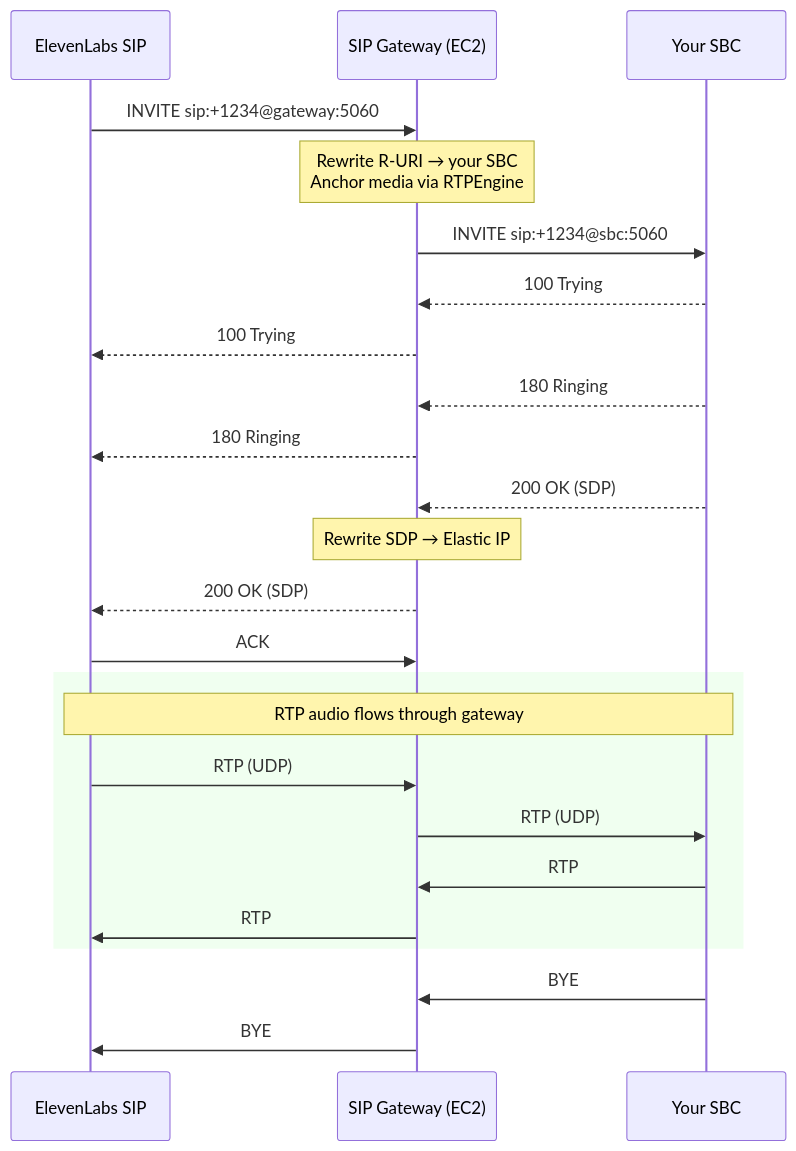
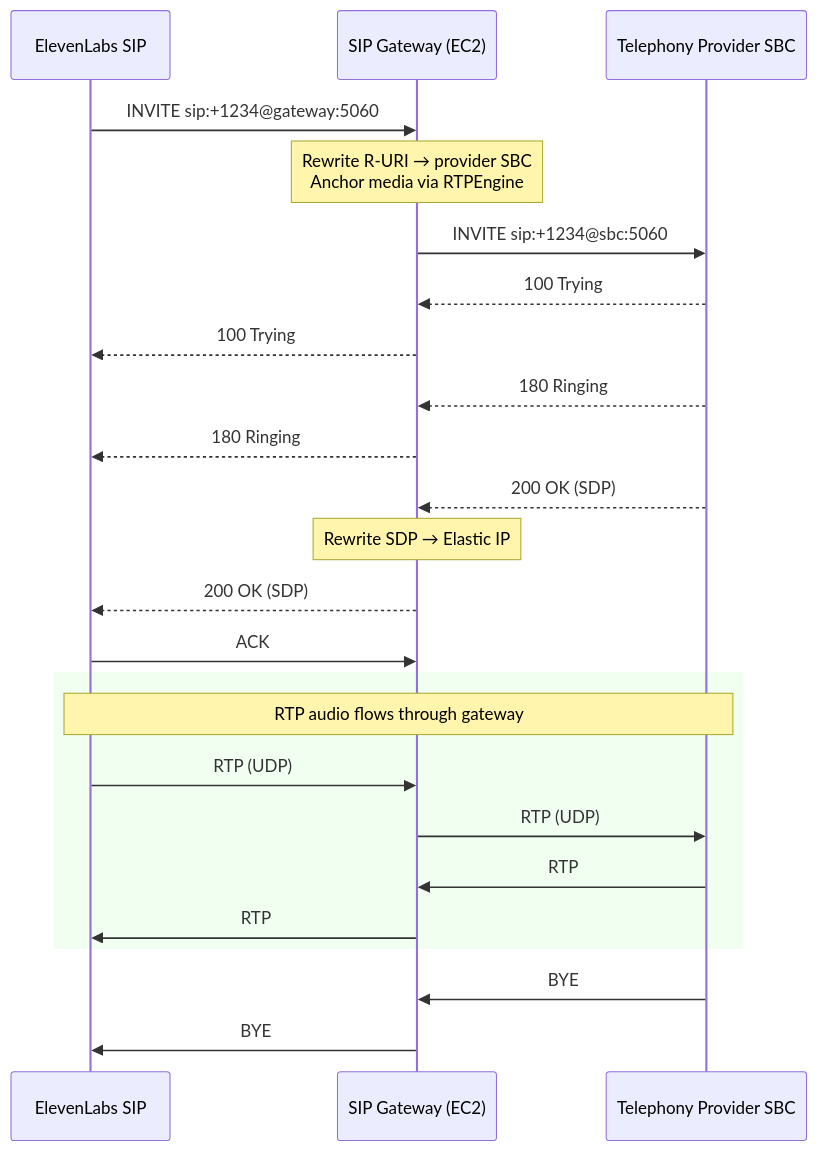
The third of 3 diagrams in README.md (shiragannavar/sip-gateway-aws), drawn with Mermaid before and after one commit. The commit also changed other lines of this file and 6 other files, not shown here.

First line of the commit message:
Fix terminology: customer SBC → telephony provider SBC

````diff
--- a/README.md
+++ b/README.md
@@ -74,29 +74,29 @@
 ```mermaid
 sequenceDiagram
     participant EL as ElevenLabs SIP
     participant GW as SIP Gateway (EC2)
-    participant SBC as Your SBC
+    participant SBC as Telephony Provider SBC
 
     EL->>GW: INVITE sip:+1234@gateway:5060
-    Note over GW: Rewrite R-URI → your SBC<br/>Anchor media via RTPEngine
+    Note over GW: Rewrite R-URI → provider SBC<br/>Anchor media via RTPEngine
     GW->>SBC: INVITE sip:+1234@sbc:5060
     SBC-->>GW: 100 Trying
     GW-->>EL: 100 Trying
     SBC-->>GW: 180 Ringing
     GW-->>EL: 180 Ringing
     SBC-->>GW: 200 OK (SDP)
     Note over GW: Rewrite SDP → Elastic IP
     GW-->>EL: 200 OK (SDP)
     EL->>GW: ACK
 
     rect rgb(240, 255, 240)
         Note over EL,SBC: RTP audio flows through gateway
         EL->>GW: RTP (UDP)
         GW->>SBC: RTP (UDP)
         SBC->>GW: RTP
         GW->>EL: RTP
     end
 
     SBC->>GW: BYE
     GW->>EL: BYE
 ```
````
